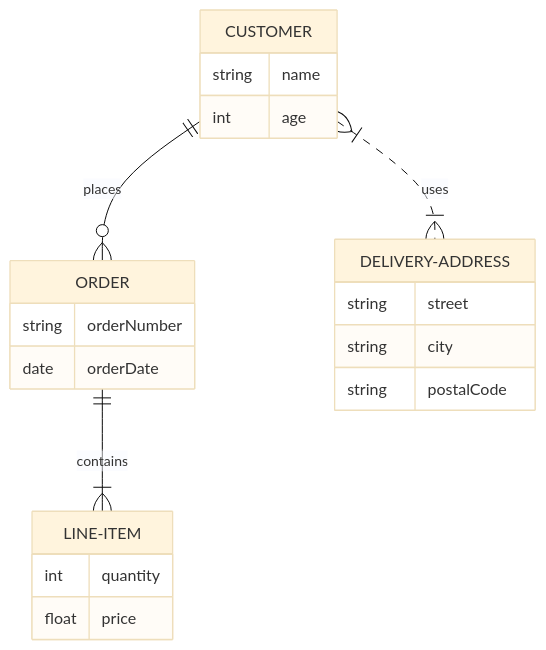
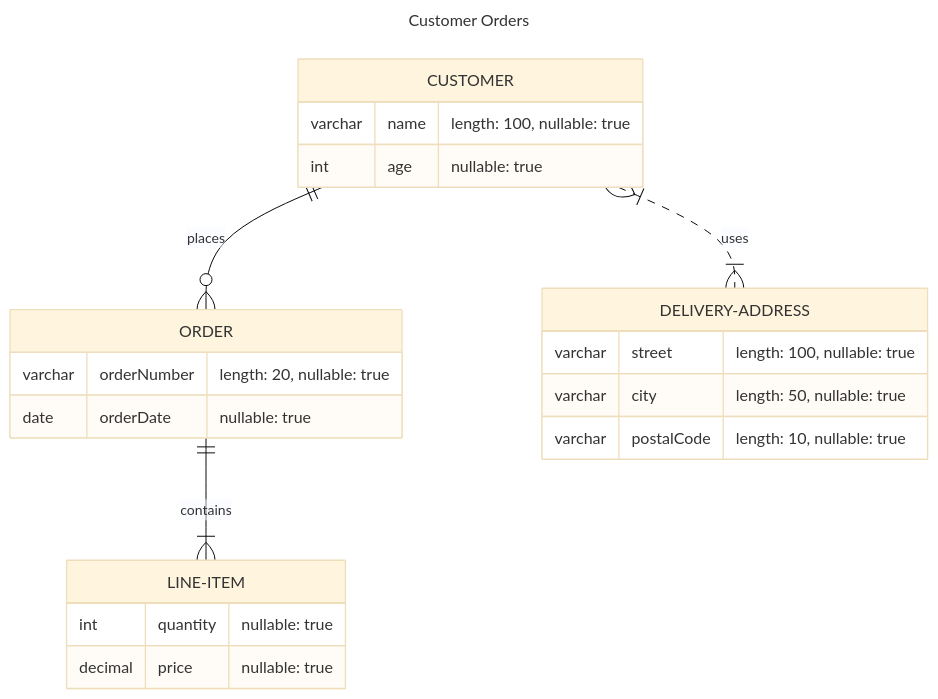
One commit to petervdpas/mermaid-bridge changed the second of 2 diagrams in README.md. Above: the diagram before and after it, drawn with Mermaid (base theme). The commit also changed other lines of this file and 4 other files, not shown here.

Commit message:
progress erDiagram

````diff
--- a/README.md
+++ b/README.md
@@ -158,24 +162,28 @@
 ```mermaid
+---
+title: Customer Orders
+author: Peter van de Pas
+---
 erDiagram
     CUSTOMER {
-        string name
-        int age
+        varchar name "length: 100, nullable: true"
+        int age "nullable: true"
     }
     ORDER {
-        string orderNumber
-        date orderDate
+        varchar orderNumber "length: 20, nullable: true"
+        date orderDate "nullable: true"
     }
     LINE-ITEM {
-        int quantity
-        float price
+        int quantity "nullable: true"
+        decimal price "nullable: true"
     }
     DELIVERY-ADDRESS {
-        string street
-        string city
-        string postalCode
+        varchar street "length: 100, nullable: true"
+        varchar city "length: 50, nullable: true"
+        varchar postalCode "length: 10, nullable: true"
     }
-    
+
     CUSTOMER ||--o{ ORDER : places
     ORDER ||--|{ LINE-ITEM : contains
     CUSTOMER }|..|{ DELIVERY-ADDRESS : uses
 ```
````
